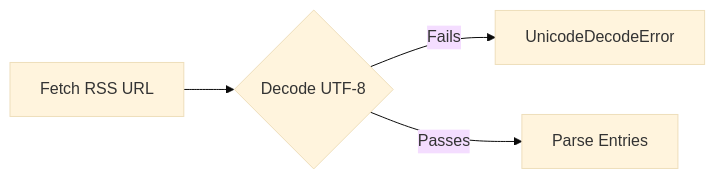
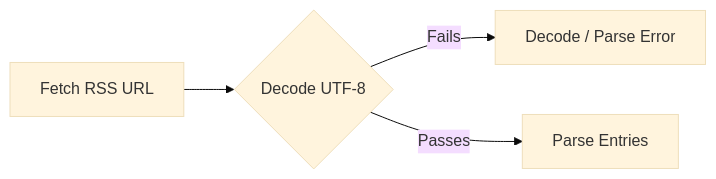
The second of 3 diagrams in .agents/bugs/BUG-002-non-utf8-rss.md (HELIX-Origin/Discord-RSS), drawn with Mermaid (base theme) before and after one commit. The commit also changed other lines of this file and 126 other files, not shown here.

````diff
--- a/.agents/bugs/BUG-002-non-utf8-rss.md
+++ b/.agents/bugs/BUG-002-non-utf8-rss.md
@@ -36,6 +36,6 @@
 ```mermaid
 flowchart LR
     Start["Fetch RSS URL"] --> Decode{"Decode UTF-8"}
-    Decode -->|"Fails"| Error["UnicodeDecodeError"]
+    Decode -->|"Fails"| Error["Decode / Parse Error"]
     Decode -->|"Passes"| Success["Parse Entries"]
 ```
````
